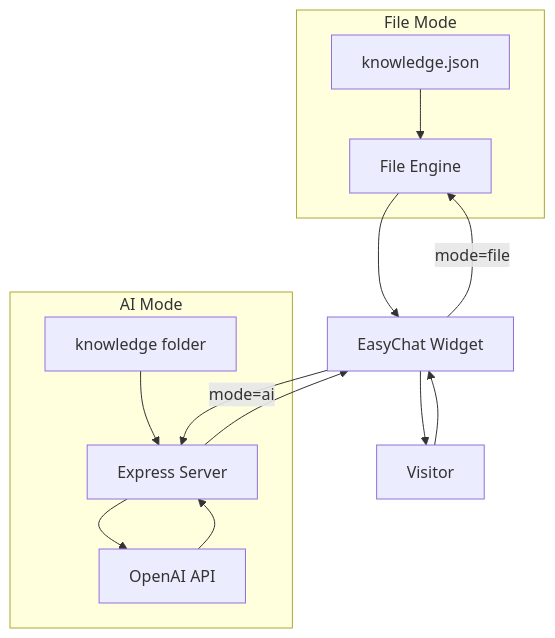
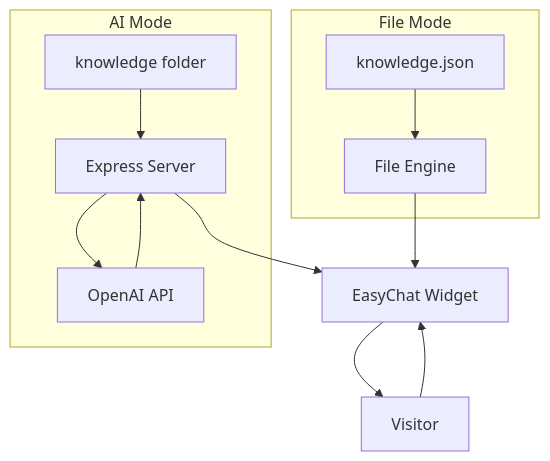
One commit to hoffeloffe/EasyChat changed the diagram in README.md. Above: the diagram before and after it, drawn with Mermaid.

Commit message:
Simplify Widget interaction diagram in README
Removed mode specifications for Widget interactions.

````diff
--- a/README.md
+++ b/README.md
@@ -7,18 +7,16 @@
 ```mermaid
 flowchart TD
   subgraph FileMode["File Mode"]
     KB[knowledge.json] --> FE[File Engine]
   end
 
   subgraph AIMode["AI Mode"]
     KF[knowledge folder] --> SRV[Express Server]
     SRV --> OAI[OpenAI API]
   end
 
   User[Visitor] --> Widget[EasyChat Widget]
-  Widget -->|mode=file| FE
-  Widget -->|mode=ai| SRV
   FE --> Widget
   OAI --> SRV --> Widget
   Widget --> User
 ```
````
